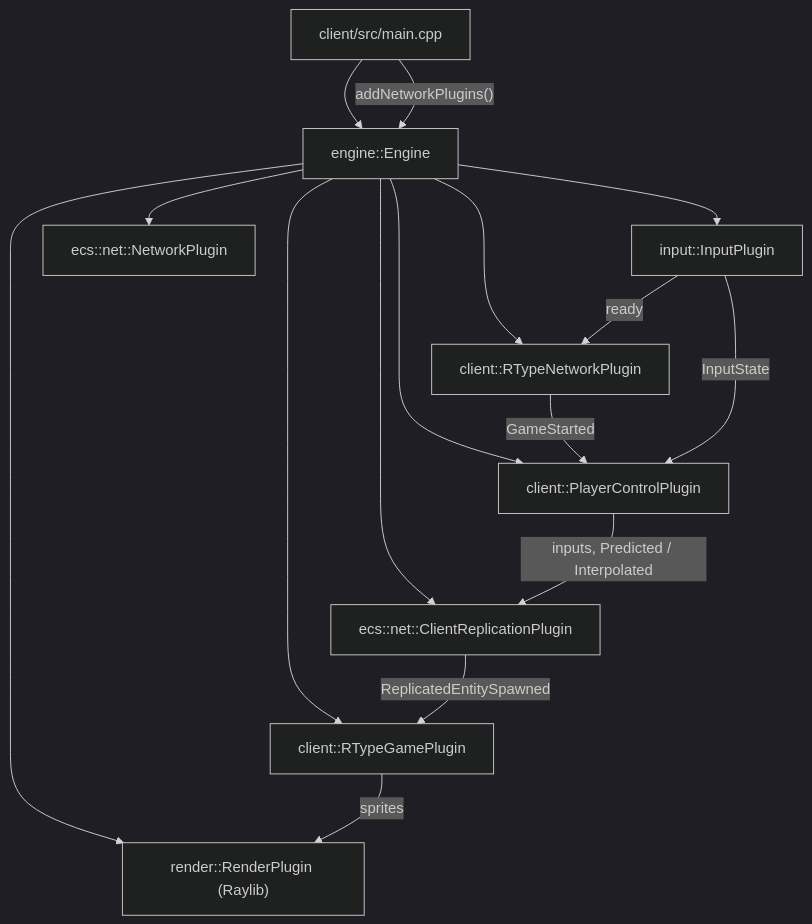
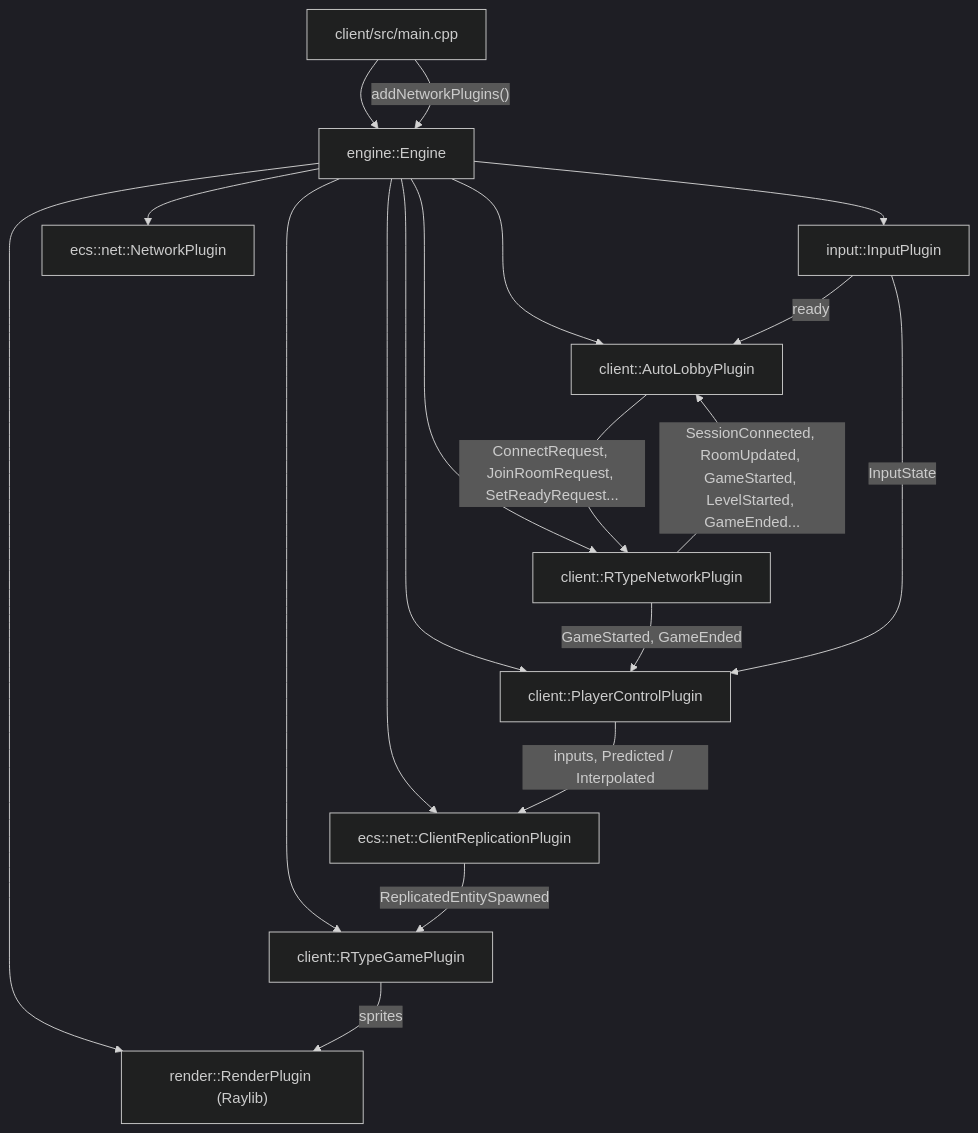
Before and after one commit to Matt4401/Mirror-Rtype: the diagram in docs/architecture/client.md, drawn with Mermaid (dark theme). The commit also changed other lines of this file and 17 other files, not shown here.

First line of the commit message:
refactor(client): drive the R-Type session with request and result events

````diff
--- a/docs/architecture/client.md
+++ b/docs/architecture/client.md
@@ -8,19 +8,22 @@
 ```mermaid
 flowchart TD
     Main["client/src/main.cpp"] --> Engine["engine::Engine"]
     Main -->|"addNetworkPlugins()"| Engine
     Engine --> RenderPlugin["render::RenderPlugin (Raylib)"]
     Engine --> InputPlugin["input::InputPlugin"]
     Engine --> NetworkPlugin["ecs::net::NetworkPlugin"]
     Engine --> Replication["ecs::net::ClientReplicationPlugin"]
     Engine --> NetPlugin["client::RTypeNetworkPlugin"]
     Engine --> Control["client::PlayerControlPlugin"]
     Engine --> GamePlugin["client::RTypeGamePlugin"]
+    Engine --> Auto["client::AutoLobbyPlugin"]
 
-    NetPlugin -->|"GameStarted"| Control
+    Auto -->|"ConnectRequest, JoinRoomRequest, SetReadyRequest..."| NetPlugin
+    NetPlugin -->|"SessionConnected, RoomUpdated, GameStarted, LevelStarted, GameEnded..."| Auto
+    NetPlugin -->|"GameStarted, GameEnded"| Control
     Control -->|"inputs, Predicted / Interpolated"| Replication
     Replication -->|"ReplicatedEntitySpawned"| GamePlugin
     GamePlugin -->|"sprites"| RenderPlugin
     InputPlugin -->|"InputState"| Control
-    InputPlugin -->|"ready"| NetPlugin
+    InputPlugin -->|"ready"| Auto
 ```
````
